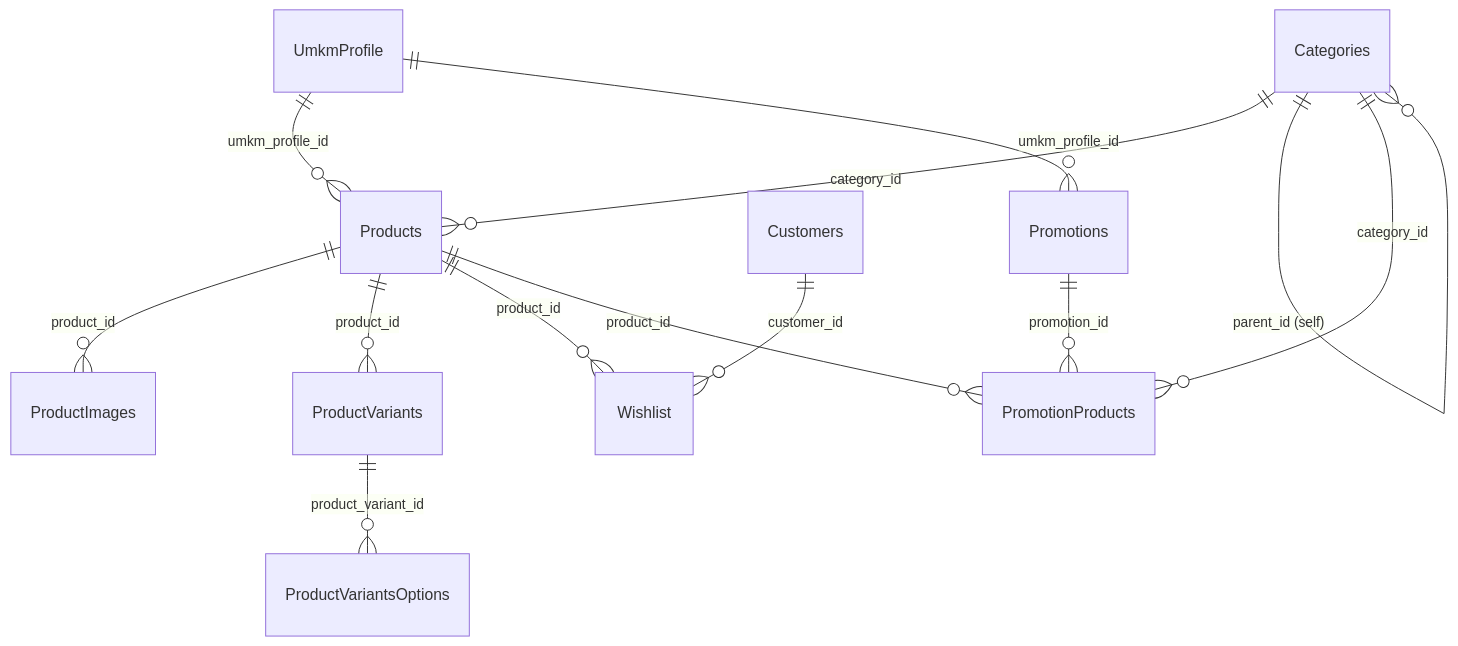
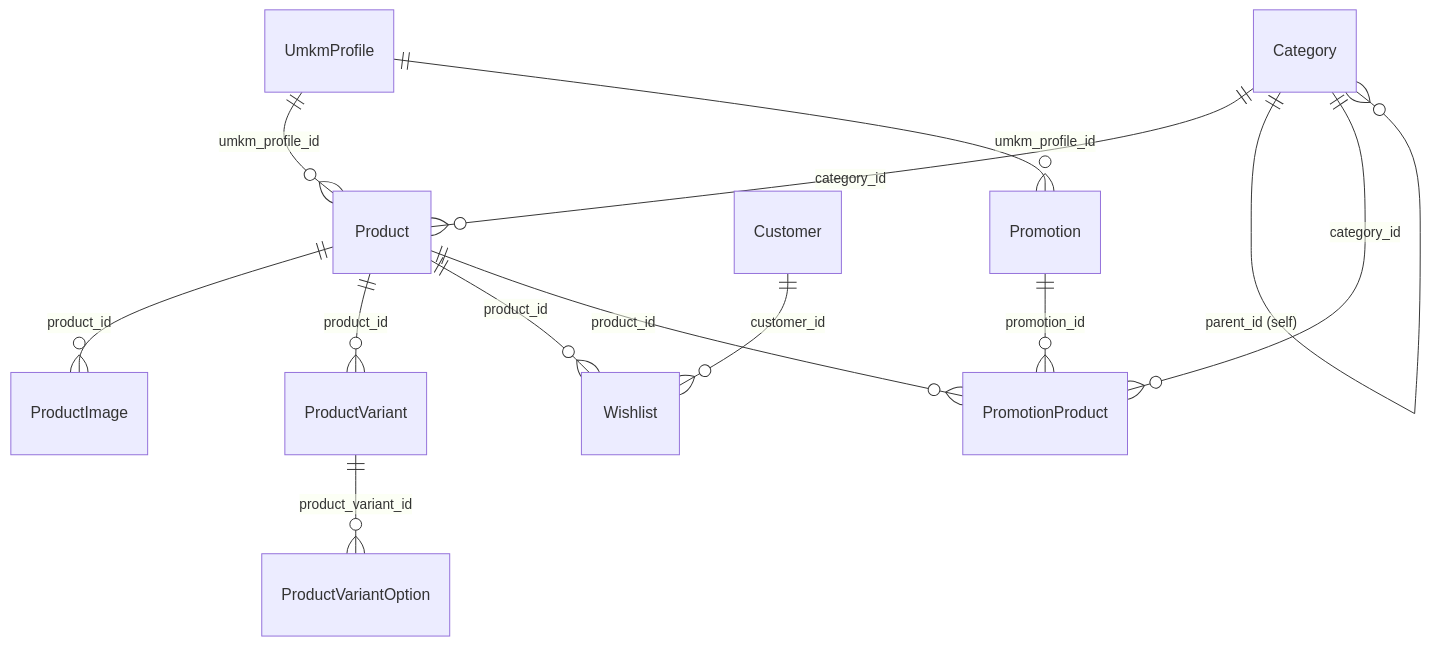
One commit to JarJel/BUMDESMart changed the third of 4 diagrams in diagram_relasi_model.md. Above: the diagram before and after it, drawn with Mermaid. The commit also changed other lines of this file and 29 other files, not shown here.

````diff
--- a/diagram_relasi_model.md
+++ b/diagram_relasi_model.md
@@ -81,17 +81,17 @@
 ```mermaid
 erDiagram
-    UmkmProfile ||--o{ Products : "umkm_profile_id"
-    Categories ||--o{ Products : "category_id"
-    Categories ||--o{ Categories : "parent_id (self)"
-    Products ||--o{ ProductImages : "product_id"
-    Products ||--o{ ProductVariants : "product_id"
-    ProductVariants ||--o{ ProductVariantsOptions : "product_variant_id"
+    UmkmProfile ||--o{ Product : "umkm_profile_id"
+    Category ||--o{ Product : "category_id"
+    Category ||--o{ Category : "parent_id (self)"
+    Product ||--o{ ProductImage : "product_id"
+    Product ||--o{ ProductVariant : "product_id"
+    ProductVariant ||--o{ ProductVariantOption : "product_variant_id"
     
-    Customers ||--o{ Wishlist : "customer_id"
-    Products ||--o{ Wishlist : "product_id"
+    Customer ||--o{ Wishlist : "customer_id"
+    Product ||--o{ Wishlist : "product_id"
     
-    UmkmProfile ||--o{ Promotions : "umkm_profile_id"
-    Promotions ||--o{ PromotionProducts : "promotion_id"
-    Products ||--o{ PromotionProducts : "product_id"
-    Categories ||--o{ PromotionProducts : "category_id"
+    UmkmProfile ||--o{ Promotion : "umkm_profile_id"
+    Promotion ||--o{ PromotionProduct : "promotion_id"
+    Product ||--o{ PromotionProduct : "product_id"
+    Category ||--o{ PromotionProduct : "category_id"
 ```
````
